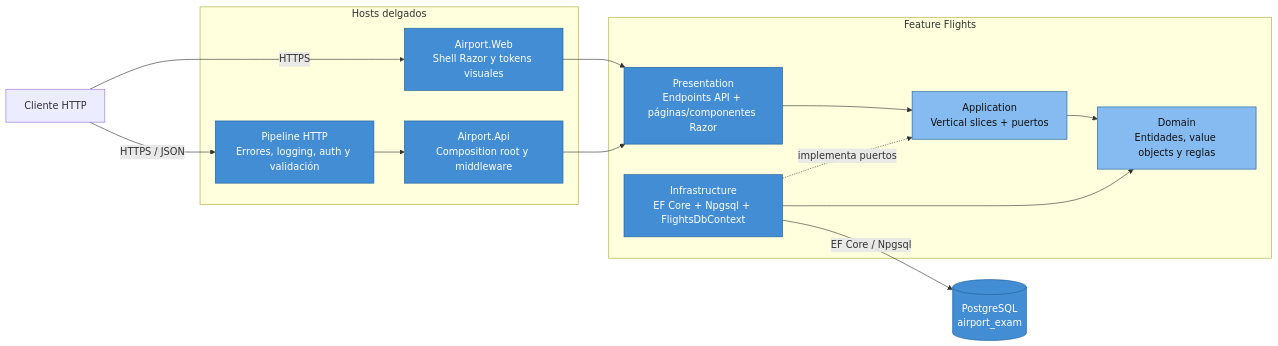
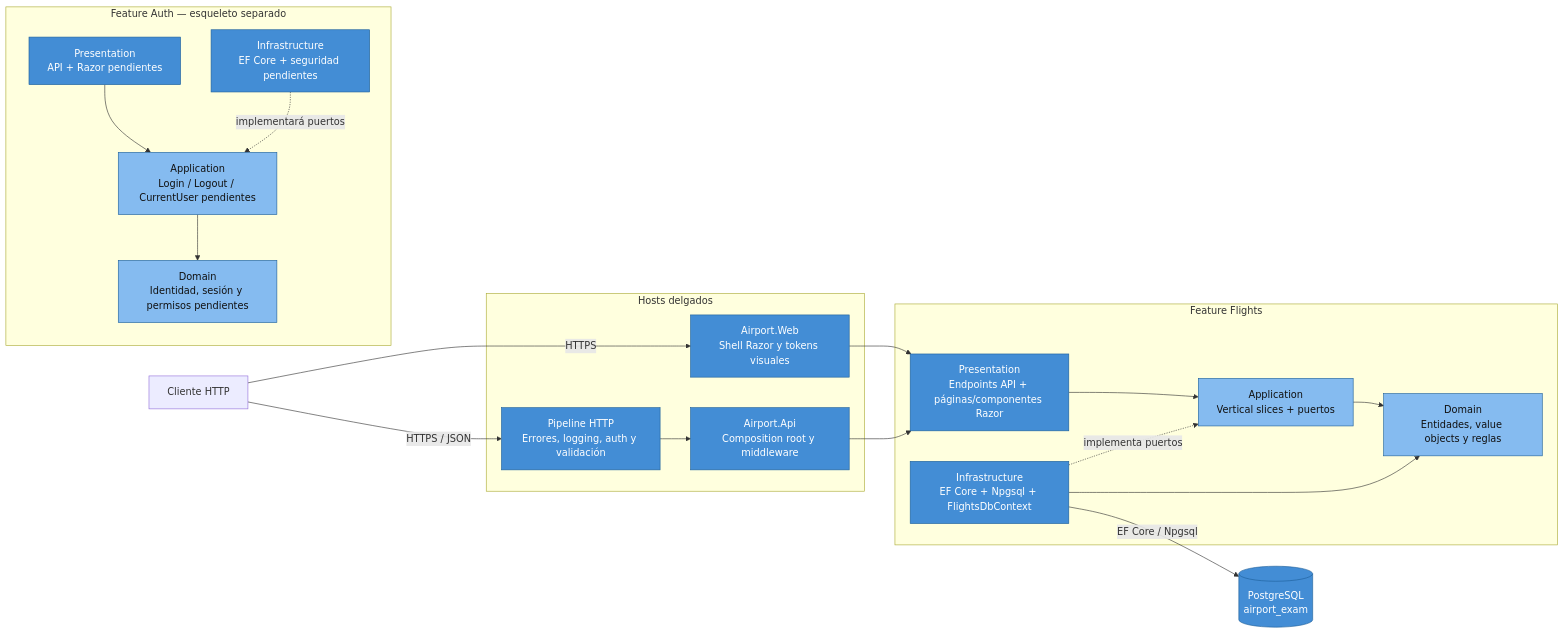
The third of 5 diagrams in DIAGRAMAS.md (jeffersonmejia/airport-app), drawn with Mermaid before and after one commit. The commit also changed 16 other files, not shown here.

````diff
--- a/DIAGRAMAS.md
+++ b/DIAGRAMAS.md
@@ -64,37 +64,47 @@
 ```mermaid
 flowchart LR
     client["Cliente HTTP"]
 
     subgraph api["Hosts delgados"]
         web["Airport.Web<br/>Shell Razor y tokens visuales"]
         middleware["Pipeline HTTP<br/>Errores, logging, auth y validación"]
         di["Airport.Api<br/>Composition root y middleware"]
     end
 
     subgraph feature["Feature Flights"]
         presentation["Presentation<br/>Endpoints API + páginas/componentes Razor"]
         application["Application<br/>Vertical slices + puertos"]
         domain["Domain<br/>Entidades, value objects y reglas"]
         infrastructure["Infrastructure<br/>EF Core + Npgsql + FlightsDbContext"]
     end
 
+    subgraph auth["Feature Auth — esqueleto separado"]
+        authPresentation["Presentation<br/>API + Razor pendientes"]
+        authApplication["Application<br/>Login / Logout / CurrentUser pendientes"]
+        authDomain["Domain<br/>Identidad, sesión y permisos pendientes"]
+        authInfrastructure["Infrastructure<br/>EF Core + seguridad pendientes"]
+    end
+
     db[("PostgreSQL<br/>airport_exam")]
 
     client -->|HTTPS| web
     web --> presentation
     client -->|HTTPS / JSON| middleware
     middleware --> di
     di --> presentation
     presentation --> application
     application --> domain
     infrastructure -. implementa puertos .-> application
     infrastructure --> domain
     infrastructure -->|EF Core / Npgsql| db
+    authPresentation --> authApplication
+    authApplication --> authDomain
+    authInfrastructure -. implementará puertos .-> authApplication
 
     classDef adapter fill:#438dd5,color:#fff,stroke:#1d5f9a
     classDef core fill:#85bbf0,color:#111,stroke:#1d5f9a
     classDef db fill:#438dd5,color:#fff,stroke:#1d5f9a
-    class web,middleware,di,presentation,infrastructure adapter
-    class application,domain core
+    class web,middleware,di,presentation,infrastructure,authPresentation,authInfrastructure adapter
+    class application,domain,authApplication,authDomain core
     class db db
 ```
````
